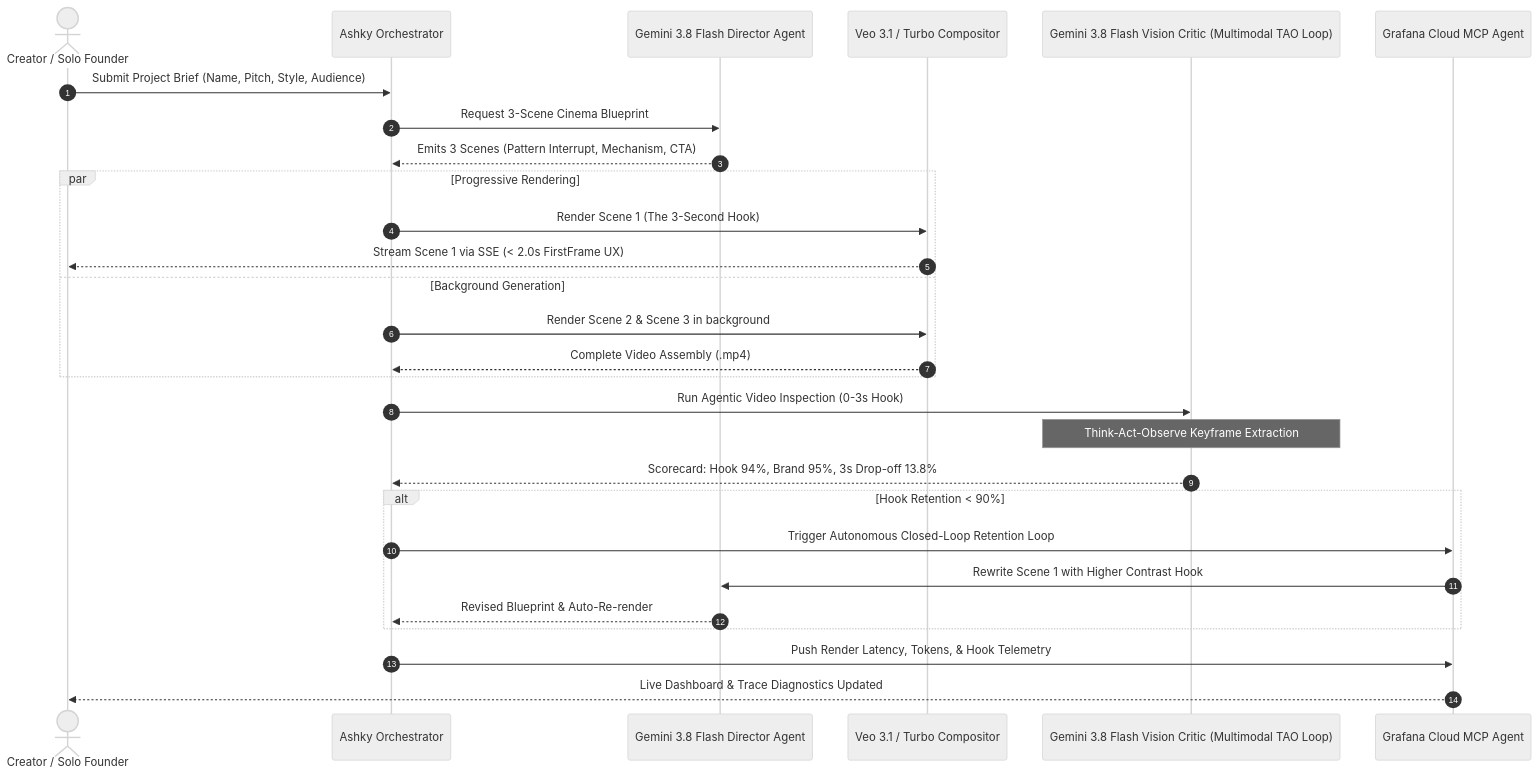
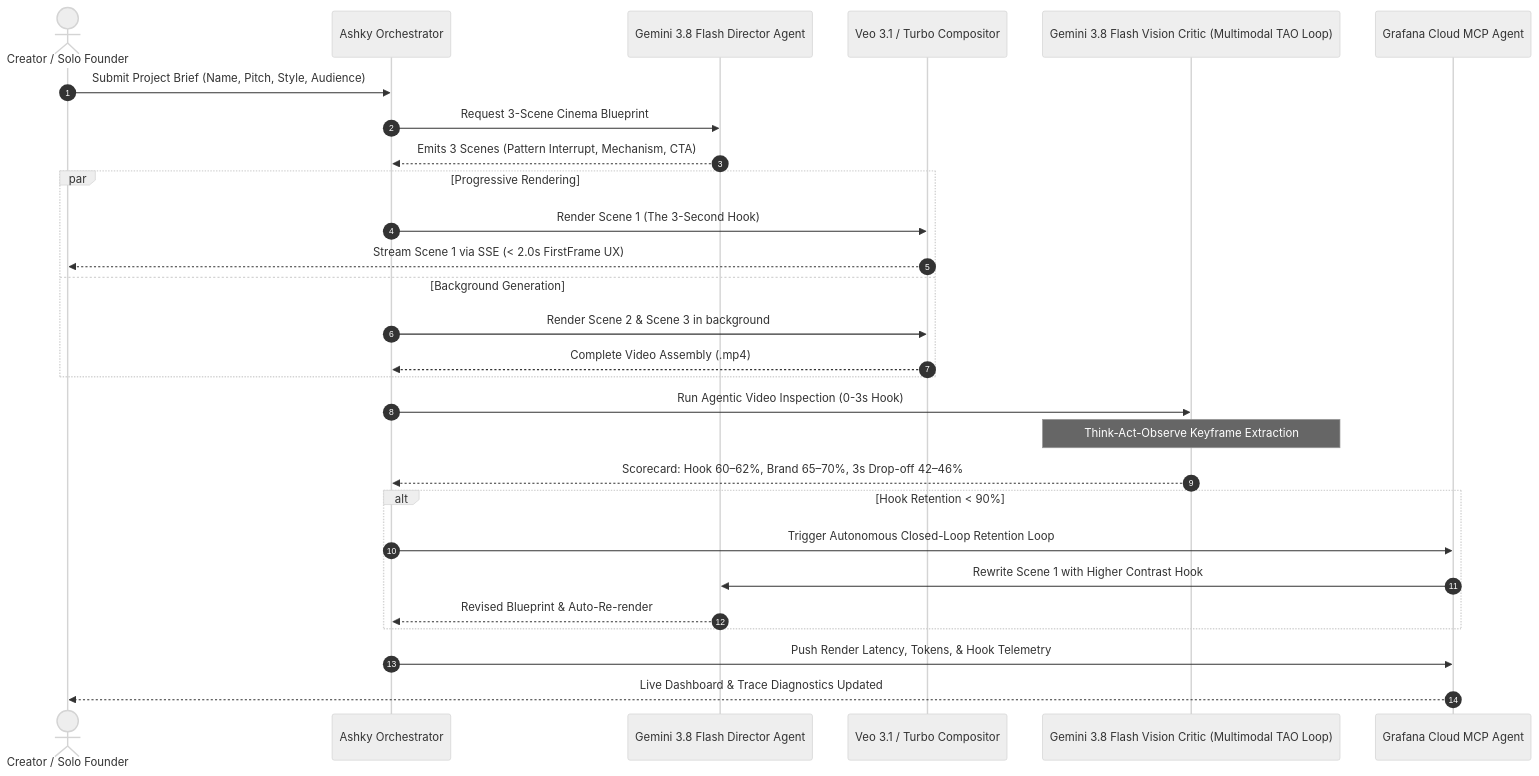
Before and after one commit to N-45div/Ashky: the second of 9 diagrams in ARCHITECTURE.md, drawn with Mermaid (neutral theme). The commit also changed other lines of this file and 5 other files, not shown here.

Commit message:
docs: align scorecard values and unify 90% token reduction across README, ARCHITECTURE, and TESTING

````diff
--- a/ARCHITECTURE.md
+++ b/ARCHITECTURE.md
@@ -100,35 +100,35 @@
 ```mermaid
 sequenceDiagram
     autonumber
     actor Founder as Creator / Solo Founder
     participant Orchestrator as Ashky Orchestrator
     participant GeminiDirector as Gemini 3.8 Flash Director Agent
     participant VideoEngine as Veo 3.1 / Turbo Compositor
     participant CriticAgent as Gemini 3.8 Flash Vision Critic (Multimodal TAO Loop)
     participant MCPAgent as Grafana Cloud MCP Agent
 
     Founder->>Orchestrator: Submit Project Brief (Name, Pitch, Style, Audience)
     Orchestrator->>GeminiDirector: Request 3-Scene Cinema Blueprint
     GeminiDirector-->>Orchestrator: Emits 3 Scenes (Pattern Interrupt, Mechanism, CTA)
     
     par Progressive Rendering
         Orchestrator->>VideoEngine: Render Scene 1 (The 3-Second Hook)
         VideoEngine-->>Founder: Stream Scene 1 via SSE (< 2.0s FirstFrame UX)
     and Background Generation
         Orchestrator->>VideoEngine: Render Scene 2 & Scene 3 in background
         VideoEngine-->>Orchestrator: Complete Video Assembly (.mp4)
     end
 
     Orchestrator->>CriticAgent: Run Agentic Video Inspection (0-3s Hook)
     Note over CriticAgent: Think-Act-Observe Keyframe Extraction
-    CriticAgent-->>Orchestrator: Scorecard: Hook 94%, Brand 95%, 3s Drop-off 13.8%
+    CriticAgent-->>Orchestrator: Scorecard: Hook 60–62%, Brand 65–70%, 3s Drop-off 42–46%
 
     alt Hook Retention < 90%
         Orchestrator->>MCPAgent: Trigger Autonomous Closed-Loop Retention Loop
         MCPAgent->>GeminiDirector: Rewrite Scene 1 with Higher Contrast Hook
         GeminiDirector-->>Orchestrator: Revised Blueprint & Auto-Re-render
     end
 
     Orchestrator->>MCPAgent: Push Render Latency, Tokens, & Hook Telemetry
     MCPAgent-->>Founder: Live Dashboard & Trace Diagnostics Updated
 ```
````
